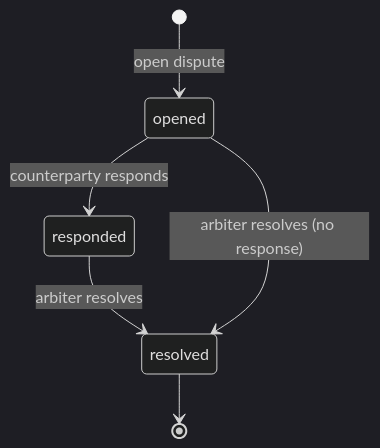
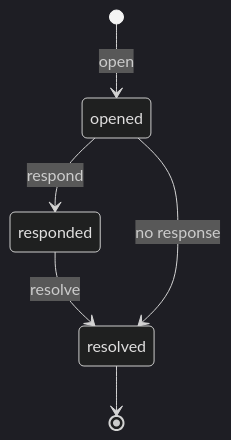
The seventh of 7 diagrams in packages/docs/content/docs/getting-started/core-concepts/markets.md (claw-network/clawnet), drawn with Mermaid (dark theme) before and after one commit. The commit also changed other lines of this file and 14 other files, not shown here.

First line of the commit message:
Refactor diagrams and improve clarity in DAO, Identity, Markets, Reputation, Service Contracts, and Wallet documentation

````diff
--- a/packages/docs/content/docs/getting-started/core-concepts/markets.md
+++ b/packages/docs/content/docs/getting-started/core-concepts/markets.md
@@ -198,8 +193,8 @@
 ```mermaid
 stateDiagram-v2
-    [*] --> opened: open dispute
-    opened --> responded: counterparty responds
-    responded --> resolved: arbiter resolves
+    [*] --> opened : open
+    opened --> responded : respond
+    responded --> resolved : resolve
     resolved --> [*]
-    opened --> resolved: arbiter resolves (no response)
+    opened --> resolved : no response
 ```
````
